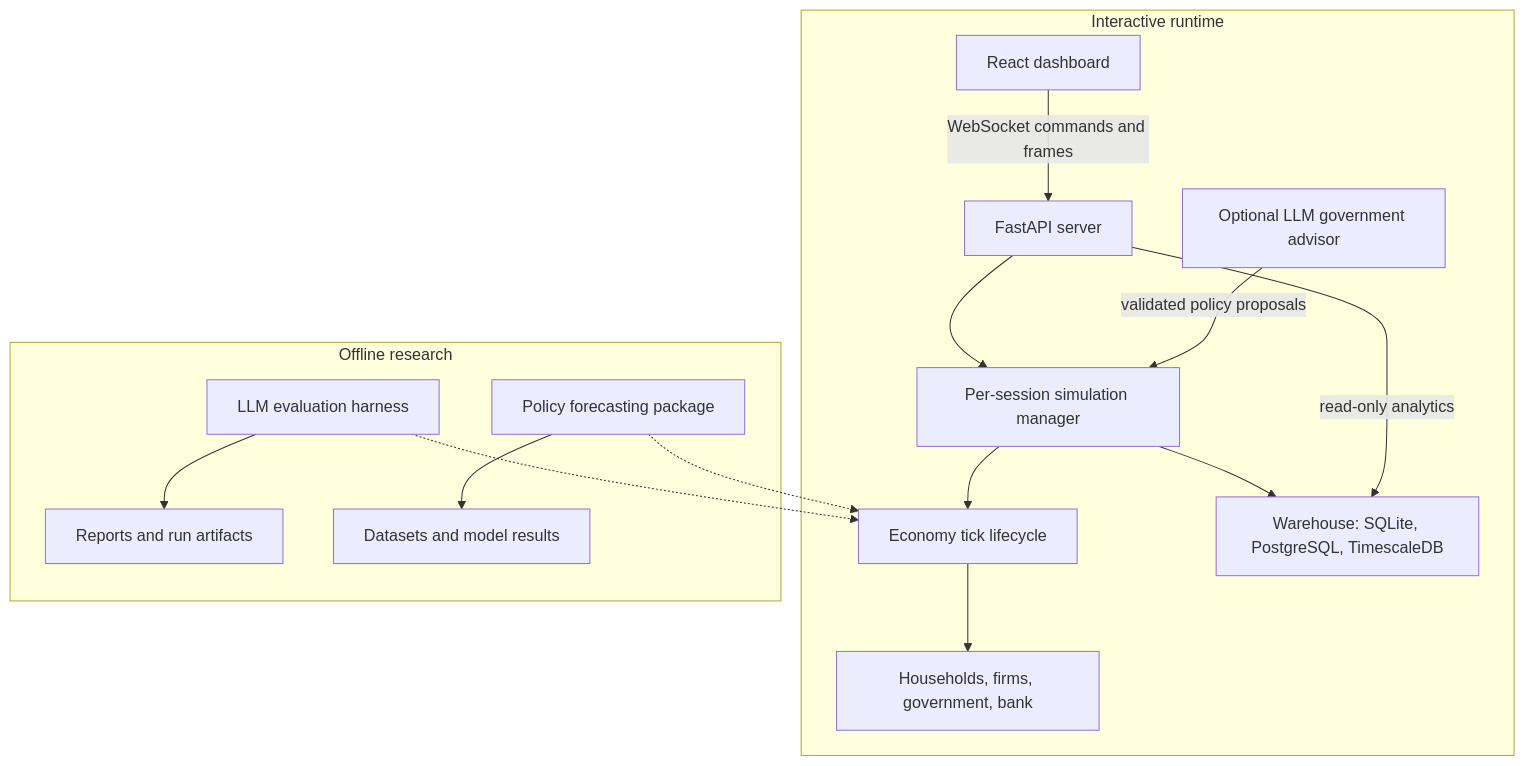
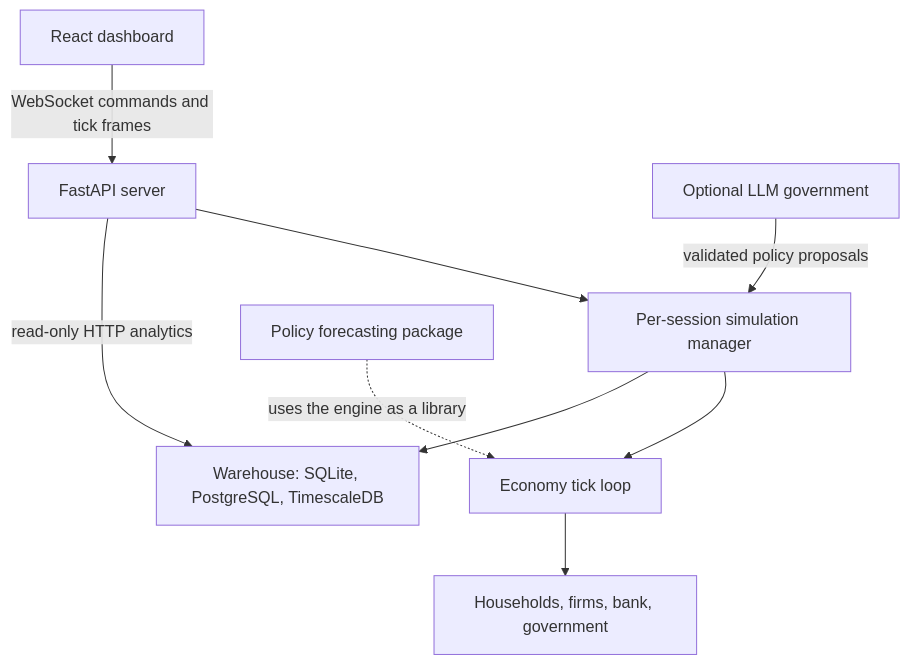
Before and after one commit to AymanCode/EcoSim: the diagram in README.md, drawn with Mermaid. The commit also changed other lines of this file and 17 other files, not shown here.

````diff
--- a/README.md
+++ b/README.md
@@ -120,18 +106,11 @@
 ```mermaid
 flowchart TD
-  subgraph runtime["Interactive runtime"]
-    UI["React dashboard"] -->|WebSocket commands and frames| API["FastAPI server"]
-    API --> SM["Per-session simulation manager"]
-    SM --> ECO["Economy tick lifecycle"]
-    ECO --> AG["Households, firms, government, bank"]
-    SM --> WH["Warehouse: SQLite, PostgreSQL, TimescaleDB"]
-    API -->|read-only analytics| WH
-    LLM["Optional LLM government advisor"] -->|validated policy proposals| SM
-  end
-  subgraph research["Offline research"]
-    EVAL["LLM evaluation harness"] --> ART["Reports and run artifacts"]
-    PF["Policy forecasting package"] --> DS["Datasets and model results"]
-  end
-  EVAL -.-> ECO
-  PF -.-> ECO
+  UI["React dashboard"] -->|WebSocket commands and tick frames| API["FastAPI server"]
+  API --> SM["Per-session simulation manager"]
+  SM --> ECO["Economy tick loop"]
+  ECO --> AG["Households, firms, bank, government"]
+  SM --> WH["Warehouse: SQLite, PostgreSQL, TimescaleDB"]
+  API -->|read-only HTTP analytics| WH
+  LLM["Optional LLM government"] -->|validated policy proposals| SM
+  PF["Policy forecasting package"] -.->|uses the engine as a library| ECO
 ```
````
